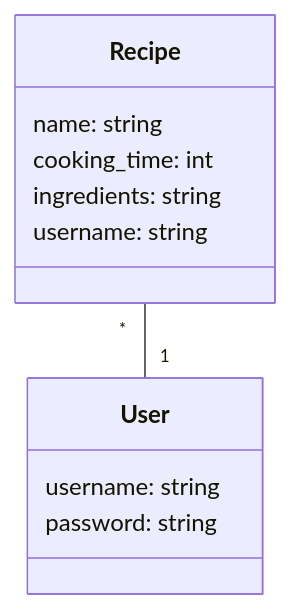
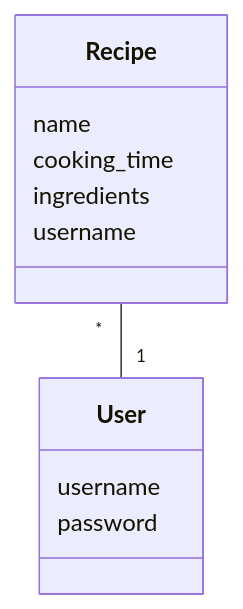
Before and after one commit to Germuu/ot-harjoitusty-: the diagram in recipe-app/documentation/architecture.md, drawn with Mermaid.

````diff
--- a/recipe-app/documentation/architecture.md
+++ b/recipe-app/documentation/architecture.md
@@ -27,14 +27,14 @@
 ```mermaid
 classDiagram
     class User {
-        username: string
-        password: string
+        username
+        password
     }
     class Recipe {
-        name: string
-        cooking_time: int
-        ingredients: string
-        username: string
+        name
+        cooking_time
+        ingredients
+        username
     }
     Recipe "*" -- "1" User
 ```
````
